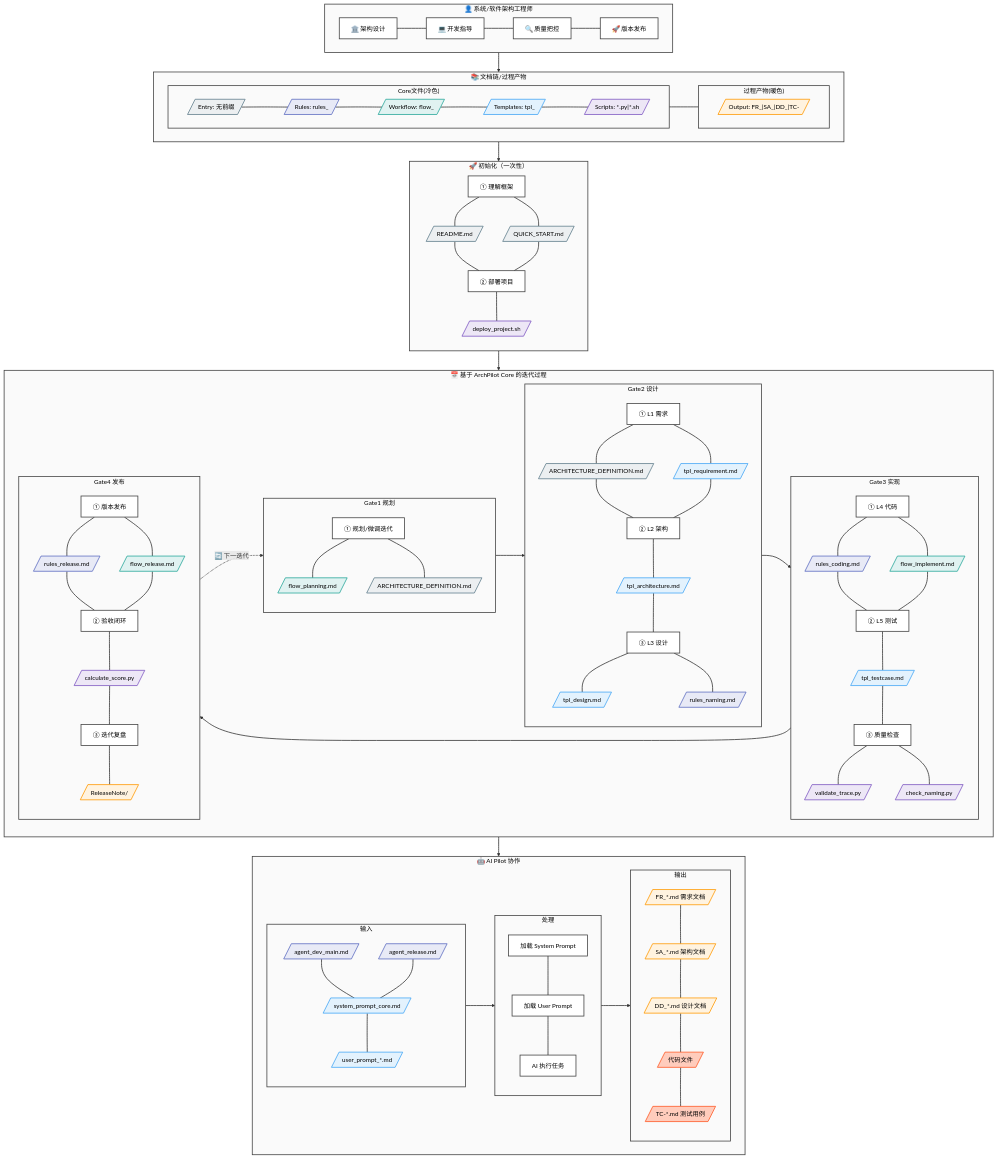
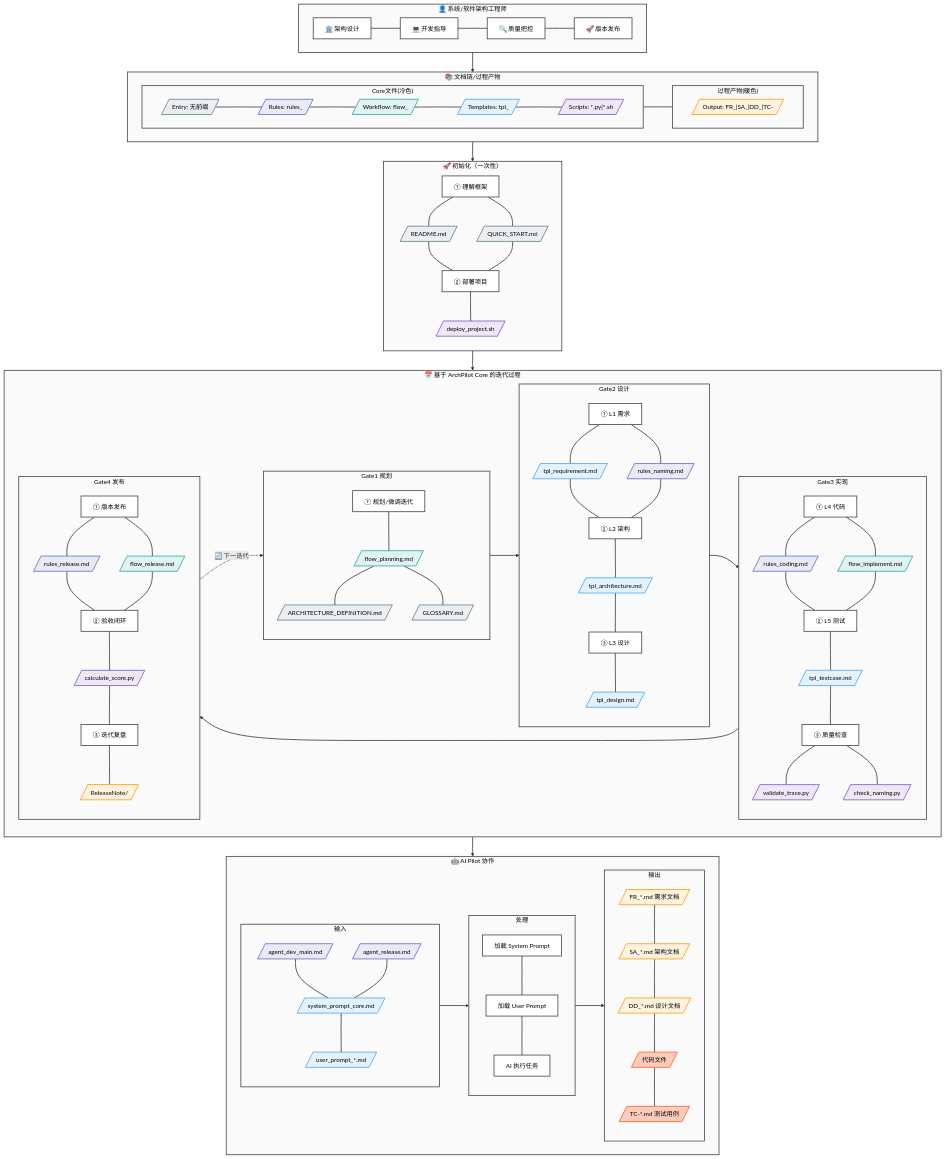
One commit to lukagithub/archpilot_core changed the diagram in Governance/PILOT_GLOBAL_FLOW.mmd. Above: the diagram before and after it, drawn with Mermaid.

Commit message:
fix: correct document references in Gate1 and Gate2 ARCHITECTURE_DEFINITION.md is a meta-definition document (defines what L1-L5 means), NOT a project architecture template. Gate1 规划 (understanding framework): - flow_planning.md (workflow) - ARCHITECTURE_DEFINITION.md (L1-L5 layer definition - Entry) - GLOSSARY.md (terminology - Entry) Gate2 设计 (actual design work): - tpl_requirement.md (L1 template) - rules_naming.md (naming rules) - tpl_architecture.md (L2 template) - tpl_design.md (L3 template) Removed ARCHITECTURE_DEFINITION.md from Gate2 - it's not needed during actual design, only during planning phase to understand the framework structure.

```diff
--- a/Governance/PILOT_GLOBAL_FLOW.mmd
+++ b/Governance/PILOT_GLOBAL_FLOW.mmd
@@ -47,24 +47,25 @@
             P1_S["① 规划/微调迭代"]
             P1_D1[/"flow_planning.md"/]
             P1_D2[/"ARCHITECTURE_DEFINITION.md"/]
-            P1_S --- P1_D1 & P1_D2
+            P1_D3[/"GLOSSARY.md"/]
+            P1_S --- P1_D1
+            P1_D1 --- P1_D2 & P1_D3
         end
 
         subgraph P2["Gate2 设计"]
             direction TB
             P2_S["① L1 需求"]
-            P2_D1[/"ARCHITECTURE_DEFINITION.md"/]
-            P2_D2[/"tpl_requirement.md"/]
+            P2_D1[/"tpl_requirement.md"/]
+            P2_D2[/"rules_naming.md"/]
             P2_M["② L2 架构"]
             P2_D3[/"tpl_architecture.md"/]
             P2_E["③ L3 设计"]
             P2_D4[/"tpl_design.md"/]
-            P2_D5[/"rules_naming.md"/]
             P2_S --- P2_D1 & P2_D2
             P2_D1 & P2_D2 --- P2_M
             P2_M --- P2_D3
             P2_D3 --- P2_E
-            P2_E --- P2_D4 & P2_D5
+            P2_E --- P2_D4
         end
 
         subgraph P3["Gate3 实现"]
@@ -185,14 +186,13 @@
     class I_D1,I_D2 entryStyle
     class I_D3 scriptStyle
 
-    %% Gate1 规划: Workflow(绿) + Entry(红)
+    %% Gate1 规划: Workflow(绿) + Entry(灰)
     class P1_D1 workflowStyle
-    class P1_D2 entryStyle
+    class P1_D2,P1_D3 entryStyle
 
-    %% Gate2: Entry(红) + Templates(蓝) + Rules(黄)
-    class P2_D1 entryStyle
-    class P2_D2,P2_D3,P2_D4 tplStyle
-    class P2_D5 ruleStyle
+    %% Gate2: Templates(蓝) + Rules(靛蓝)
+    class P2_D1,P2_D3,P2_D4 tplStyle
+    class P2_D2 ruleStyle
 
     %% Gate3: Rules(黄) + Workflow(绿) + Templates(蓝) + Scripts(紫)
     class P3_D1 ruleStyle
```
